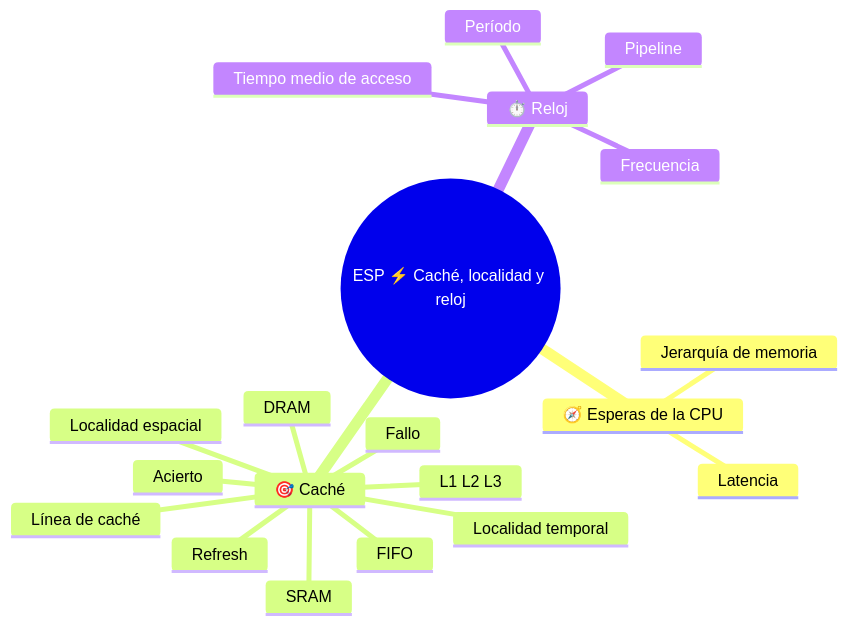
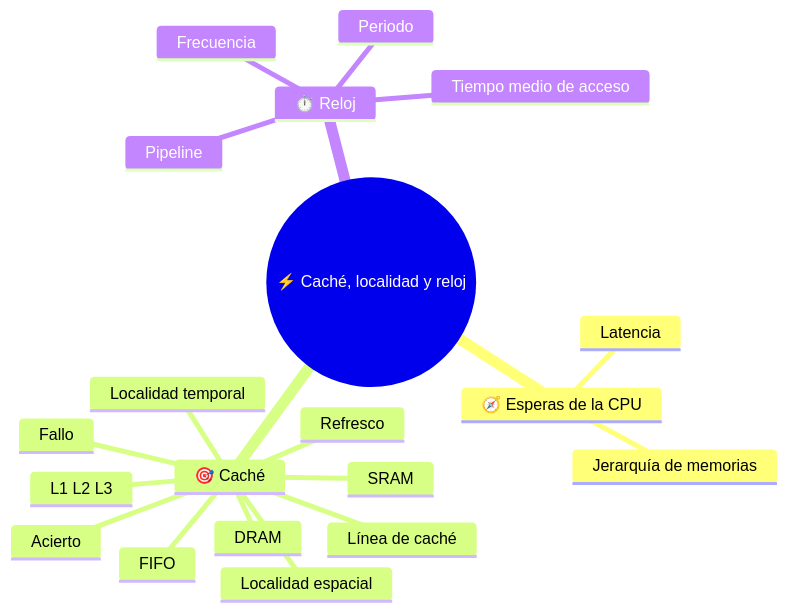
The diagram in 3EI - Sistemi e Reti/1 SETT-OTT (esp)/Allegati/esp-3ei-sett-ott-s6-cache-localidad-y-reloj-mappa-1.mmd (Neeqstock/dispense-caramuel), drawn with Mermaid before and after one commit. The commit also changed 26 other files, not shown here.

```diff
--- a/3EI - Sistemi e Reti/1 SETT-OTT (esp)/Allegati/esp-3ei-sett-ott-s6-cache-localidad-y-reloj-mappa-1.mmd
+++ b/3EI - Sistemi e Reti/1 SETT-OTT (esp)/Allegati/esp-3ei-sett-ott-s6-cache-localidad-y-reloj-mappa-1.mmd
@@ -1,25 +1,25 @@
 ---
 config:
   layout: tidy-tree
 ---
 mindmap
-  root((ESP ⚡ Caché, localidad y reloj))
+  root((⚡ Caché, localidad y reloj))
     🧭 Esperas de la CPU
       Latencia
-      Jerarquía de memoria
+      Jerarquía de memorias
     🎯 Caché
       Acierto
       Fallo
       Localidad temporal
       Localidad espacial
       Línea de caché
       FIFO
       SRAM
       DRAM
-      Refresh
+      Refresco
       L1 L2 L3
     ⏱️ Reloj
       Frecuencia
-      Período
+      Periodo
       Tiempo medio de acceso
       Pipeline
```
